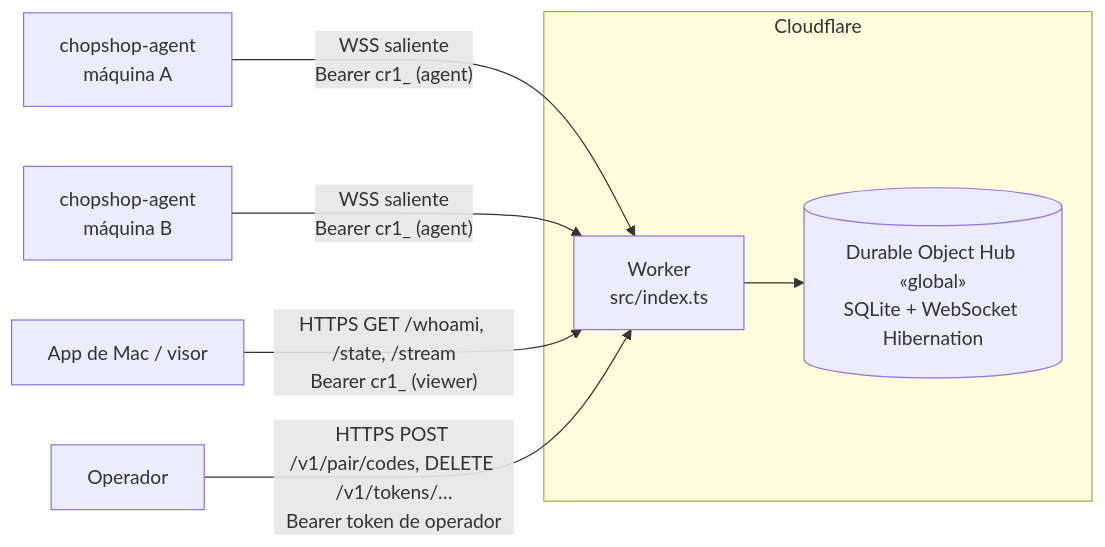
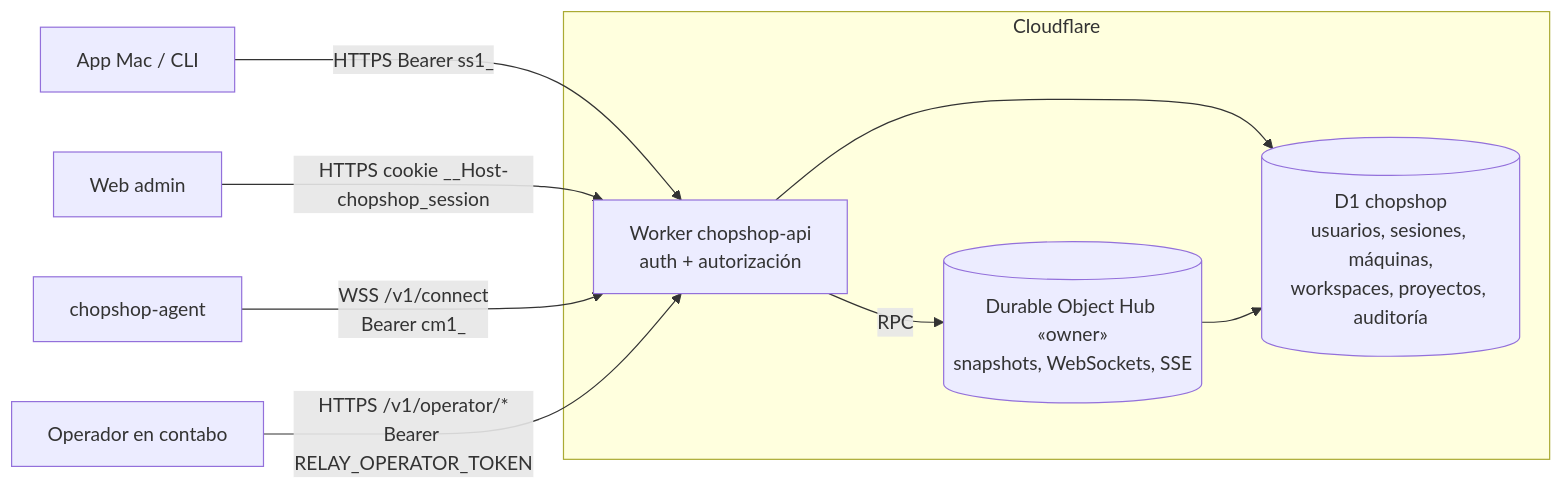
One commit to Facundo-Barbera/chopshop changed the diagram in docs/relay.md. Above: the diagram before and after it, drawn with Mermaid. The commit also changed other lines of this file and 4 other files, not shown here.

Commit message:
X2: docs del backend: relay-protocol.md v2, relay-protocol-v1.md obsoleto, backend-api.md y relay.md reescrito (dominios, permisos del token, bootstrap, recuperación, verificación)

````diff
--- a/docs/relay.md
+++ b/docs/relay.md
@@ -14,10 +16,12 @@
 ```mermaid
 flowchart LR
-  A1[chopshop-agent<br/>máquina A] -- "WSS saliente<br/>Bearer cr1_ (agent)" --> W
-  A2[chopshop-agent<br/>máquina B] -- "WSS saliente<br/>Bearer cr1_ (agent)" --> W
-  V[App de Mac / visor] -- "HTTPS GET /whoami, /state, /stream<br/>Bearer cr1_ (viewer)" --> W
-  O[Operador] -- "HTTPS POST /v1/pair/codes, DELETE /v1/tokens/…<br/>Bearer token de operador" --> W
+  M[App Mac / CLI] -- "HTTPS Bearer ss1_" --> W
+  B[Web admin] -- "HTTPS cookie __Host-chopshop_session" --> W
+  A[chopshop-agent] -- "WSS /v1/connect<br/>Bearer cm1_" --> W
+  O[Operador en contabo] -- "HTTPS /v1/operator/*<br/>Bearer RELAY_OPERATOR_TOKEN" --> W
   subgraph CF[Cloudflare]
-    W[Worker<br/>src/index.ts] --> H[(Durable Object Hub «global»<br/>SQLite + WebSocket Hibernation)]
+    W[Worker chopshop-api<br/>auth + autorización] --> D[(D1 chopshop<br/>usuarios, sesiones, máquinas,<br/>workspaces, proyectos, auditoría)]
+    W -- RPC --> H[(Durable Object Hub «owner»<br/>snapshots, WebSockets, SSE)]
+    H --> D
   end
 ```
````
